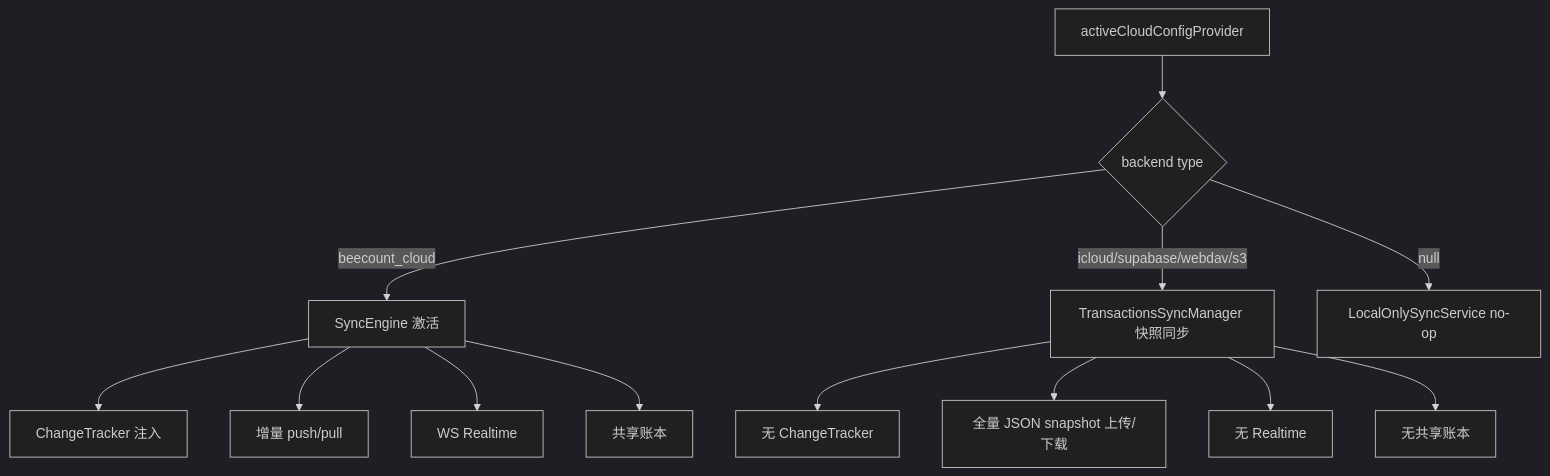
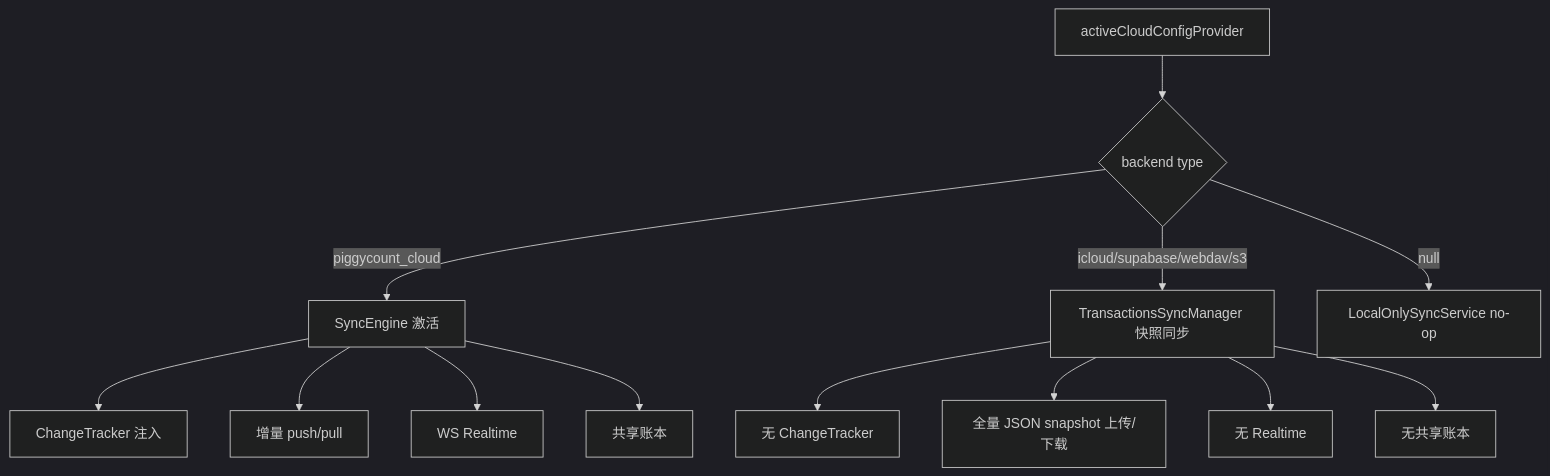
The second of 10 diagrams in docoments/06-data-sync-and-offline.md (mecoren/PiggyCount), drawn with Mermaid (dark theme) before and after one commit. The commit also changed other lines of this file and 91 other files, not shown here.

````diff
--- a/docoments/06-data-sync-and-offline.md
+++ b/docoments/06-data-sync-and-offline.md
@@ -144,17 +144,17 @@
 ```mermaid
 flowchart TD
     A[activeCloudConfigProvider] --> B{backend type}
-    B -->|beecount_cloud| C[SyncEngine 激活]
+    B -->|piggycount_cloud| C[SyncEngine 激活]
     B -->|icloud/supabase/webdav/s3| D[TransactionsSyncManager 快照同步]
     B -->|null| E[LocalOnlySyncService no-op]
 
     C --> F[ChangeTracker 注入]
     C --> G[增量 push/pull]
     C --> H[WS Realtime]
     C --> I[共享账本]
 
     D --> J[无 ChangeTracker]
     D --> K[全量 JSON snapshot 上传/下载]
     D --> L[无 Realtime]
     D --> M[无共享账本]
 ```
````
